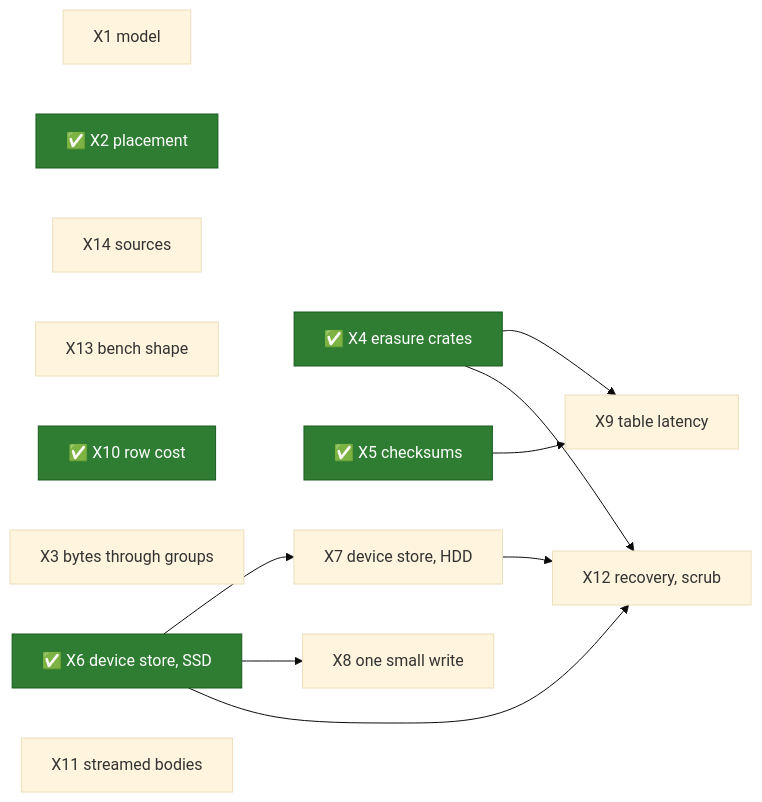
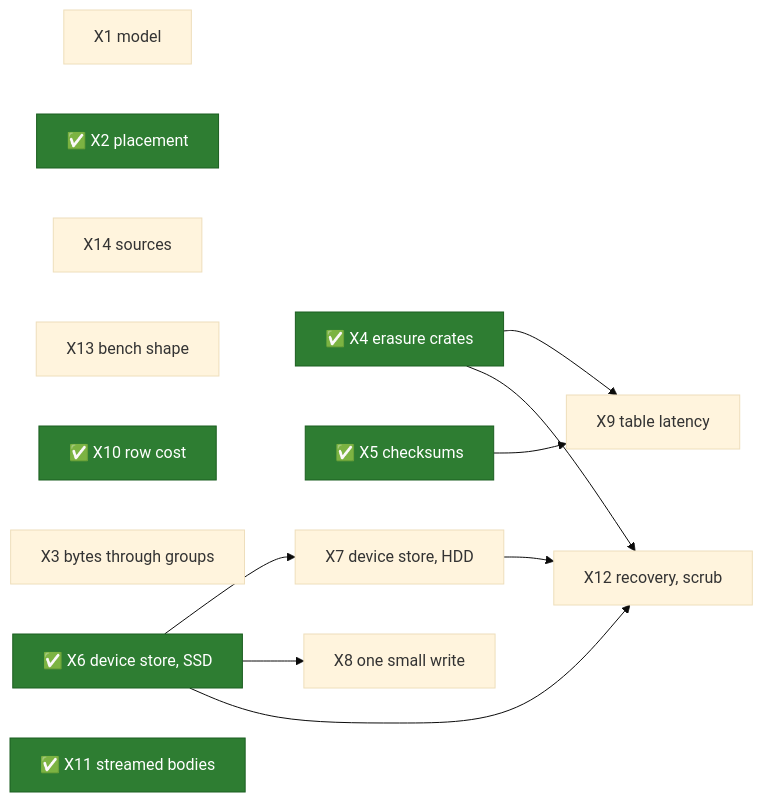
One commit to mjcarson/shoal changed the diagram in docs/src/object-storage/spikes.md. Above: the diagram before and after it, drawn with Mermaid (base theme). The commit also changed other lines of this file and 73 other files, not shown here.

````diff
--- a/docs/src/object-storage/spikes.md
+++ b/docs/src/object-storage/spikes.md
@@ -708,25 +724,25 @@
 ```mermaid
 flowchart LR
     classDef done fill:#2e7d32,stroke:#1b5e20,color:#ffffff
     X1["X1 model"]
     X2["✅ X2 placement"]:::done
     X14["X14 sources"]
     X13["X13 bench shape"]
     X10["✅ X10 row cost"]:::done
     X3["X3 bytes through groups"]
     X4["✅ X4 erasure crates"]:::done
     X5["✅ X5 checksums"]:::done
     X6["✅ X6 device store, SSD"]:::done
     X7["X7 device store, HDD"]
     X8["X8 one small write"]
     X9["X9 table latency"]
-    X11["X11 streamed bodies"]
+    X11["✅ X11 streamed bodies"]:::done
     X12["X12 recovery, scrub"]
     X4 --> X9
     X5 --> X9
     X6 --> X7
     X6 --> X8
     X4 --> X12
     X6 --> X12
     X7 --> X12
 ```
````
